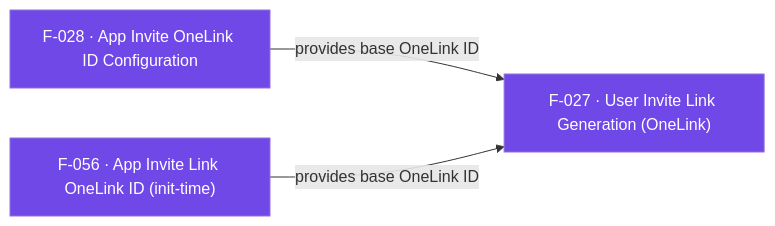
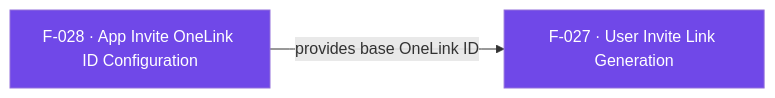
One commit to AppsFlyerSDK/appsflyer-flutter-plugin changed the diagram in internal-docs/features/F-027-user-invite-link-generation-onelink.md. Above: the diagram before and after it, drawn with Mermaid. The commit also changed other lines of this file and 101 other files, not shown here.

Commit message:
[DELIVERY-125863] Migrate Flutter plugin to AppsFlyer SDK 7 RPC architecture

````diff
--- a/internal-docs/features/F-027-user-invite-link-generation-onelink.md
+++ b/internal-docs/features/F-027-user-invite-link-generation-onelink.md
@@ -76,9 +71,5 @@
 ```mermaid
 flowchart LR
-    F027["F-027 · User Invite Link Generation (OneLink)"]:::oneLinkAndGrowth
-    F028["F-028 · App Invite OneLink ID Configuration"]:::oneLinkAndGrowth
-    F056["F-056 · App Invite Link OneLink ID (init-time)"]:::oneLinkAndGrowth
-    F028 -->|"provides base OneLink ID"| F027
-    F056 -->|"provides base OneLink ID"| F027
+    F028["F-028 · App Invite OneLink ID Configuration"]:::oneLinkAndGrowth -->|"provides base OneLink ID"| F027["F-027 · User Invite Link Generation"]:::oneLinkAndGrowth
     classDef oneLinkAndGrowth fill:#7048E8,color:#fff
 ```
````
